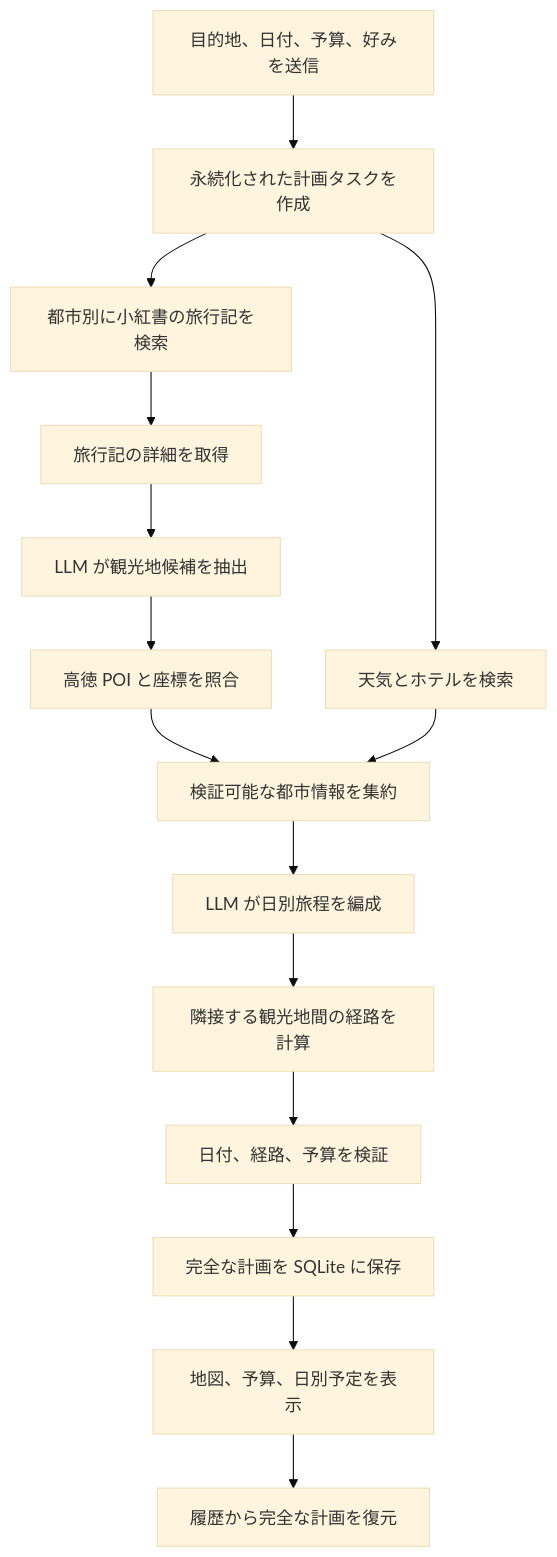
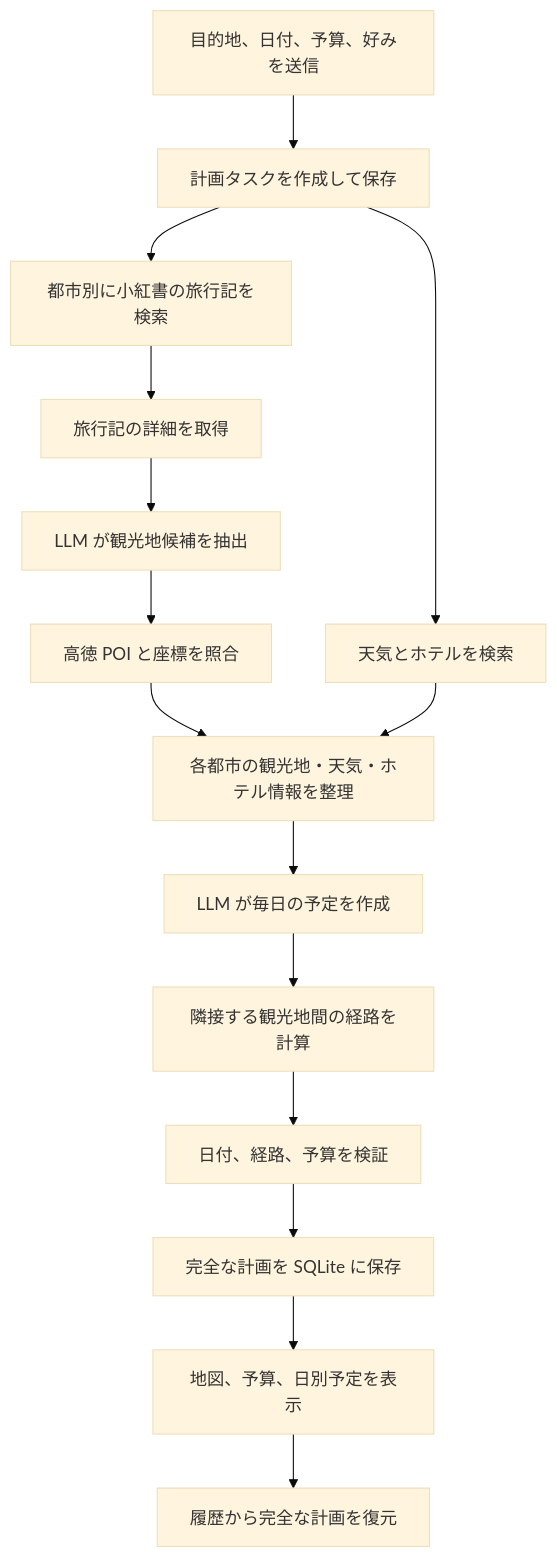
Before and after one commit to dolt-y/TravelMind-AI: the first of 2 diagrams in README_ja.md, drawn with Mermaid (base theme). The commit also changed other lines of this file and 4 other files, not shown here.

````diff
--- a/README_ja.md
+++ b/README_ja.md
@@ -230,17 +233,17 @@
 ```mermaid
 flowchart TD
-    A["目的地、日付、予算、好みを送信"] --> B["永続化された計画タスクを作成"]
+    A["目的地、日付、予算、好みを送信"] --> B["計画タスクを作成して保存"]
     B --> C["都市別に小紅書の旅行記を検索"]
     C --> D["旅行記の詳細を取得"]
     D --> E["LLM が観光地候補を抽出"]
     E --> F["高徳 POI と座標を照合"]
     B --> G["天気とホテルを検索"]
-    F --> H["検証可能な都市情報を集約"]
+    F --> H["各都市の観光地・天気・ホテル情報を整理"]
     G --> H
-    H --> I["LLM が日別旅程を編成"]
+    H --> I["LLM が毎日の予定を作成"]
     I --> J["隣接する観光地間の経路を計算"]
     J --> K["日付、経路、予算を検証"]
     K --> L["完全な計画を SQLite に保存"]
     L --> M["地図、予算、日別予定を表示"]
     M --> N["履歴から完全な計画を復元"]
 ```
````
